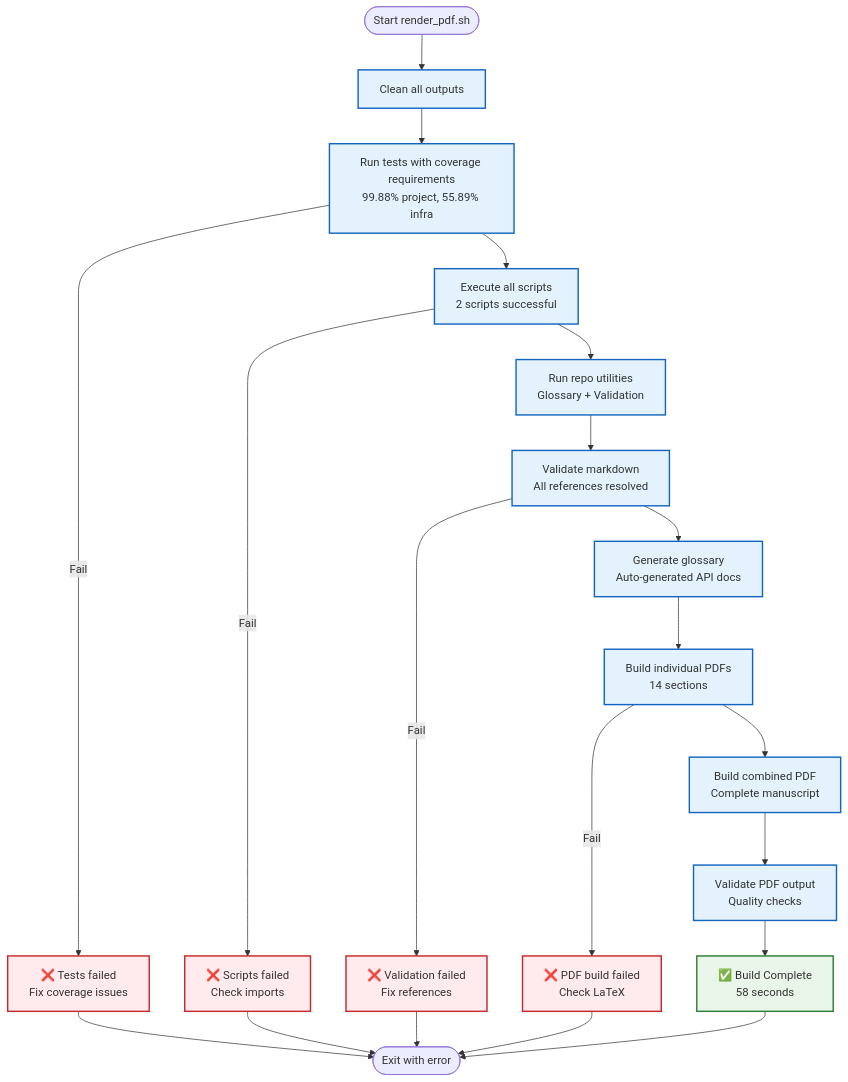
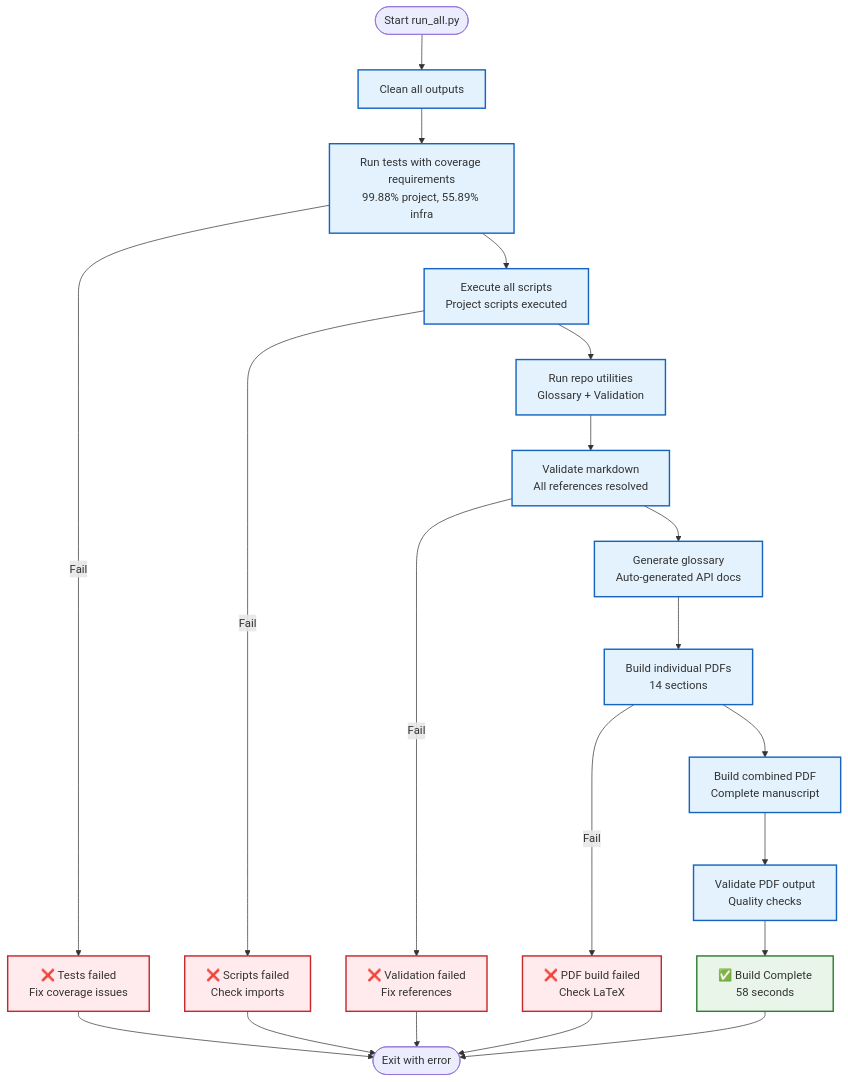
The sixth of 6 diagrams in README.md (docxology/template), drawn with Mermaid before and after one commit. The commit also changed other lines of this file and 1 other file, not shown here.

````diff
--- a/README.md
+++ b/README.md
@@ -640,33 +640,33 @@
 ```mermaid
 flowchart TD
-    START([Start render_pdf.sh]) --> CLEAN[Clean all outputs]
+    START([Start run_all.py]) --> CLEAN[Clean all outputs]
     CLEAN --> TESTS[Run tests with coverage requirements<br/>99.88% project, 55.89% infra]
-    TESTS --> SCRIPTS[Execute all scripts<br/>2 scripts successful]
+    TESTS --> SCRIPTS[Execute all scripts<br/>Project scripts executed]
     SCRIPTS --> UTILS[Run repo utilities<br/>Glossary + Validation]
     UTILS --> VALIDATE[Validate markdown<br/>All references resolved]
     VALIDATE --> GLOSSARY[Generate glossary<br/>Auto-generated API docs]
     GLOSSARY --> BUILD_IND[Build individual PDFs<br/>14 sections]
     BUILD_IND --> BUILD_COMB[Build combined PDF<br/>Complete manuscript]
     BUILD_COMB --> VALIDATE_PDF[Validate PDF output<br/>Quality checks]
     VALIDATE_PDF --> SUCCESS[✅ Build Complete<br/>58 seconds]
     
     TESTS -->|Fail| FAIL1[❌ Tests failed<br/>Fix coverage issues]
     SCRIPTS -->|Fail| FAIL2[❌ Scripts failed<br/>Check imports]
     VALIDATE -->|Fail| FAIL3[❌ Validation failed<br/>Fix references]
     BUILD_IND -->|Fail| FAIL4[❌ PDF build failed<br/>Check LaTeX]
     
     FAIL1 --> END([Exit with error])
     FAIL2 --> END
     FAIL3 --> END
     FAIL4 --> END
     
     SUCCESS --> END
     
     classDef success fill:#e8f5e8,stroke:#2e7d32,stroke-width:2px
     classDef failure fill:#ffebee,stroke:#c62828,stroke-width:2px
     classDef process fill:#e3f2fd,stroke:#1565c0,stroke-width:2px
     
     class SUCCESS success
     class FAIL1,FAIL2,FAIL3,FAIL4 failure
     class CLEAN,TESTS,SCRIPTS,UTILS,VALIDATE,GLOSSARY,BUILD_IND,BUILD_COMB,VALIDATE_PDF process
 ```
````
